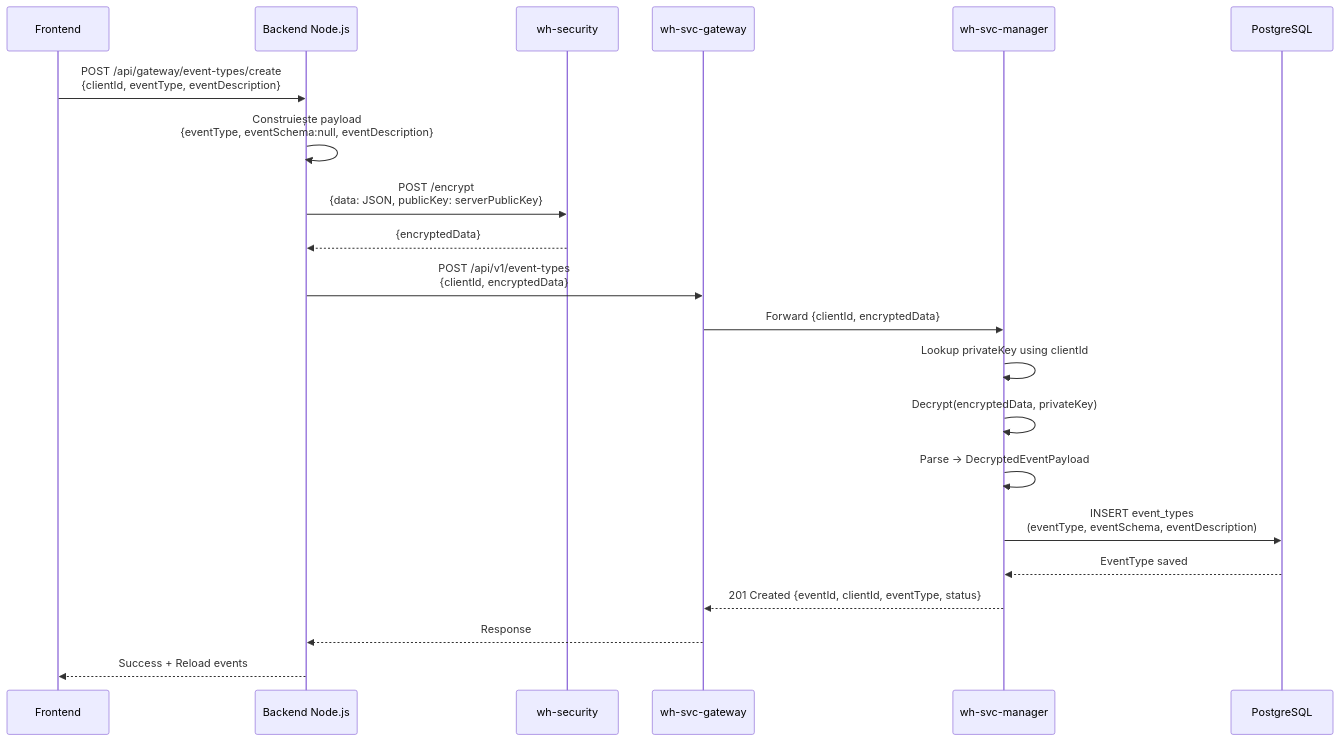
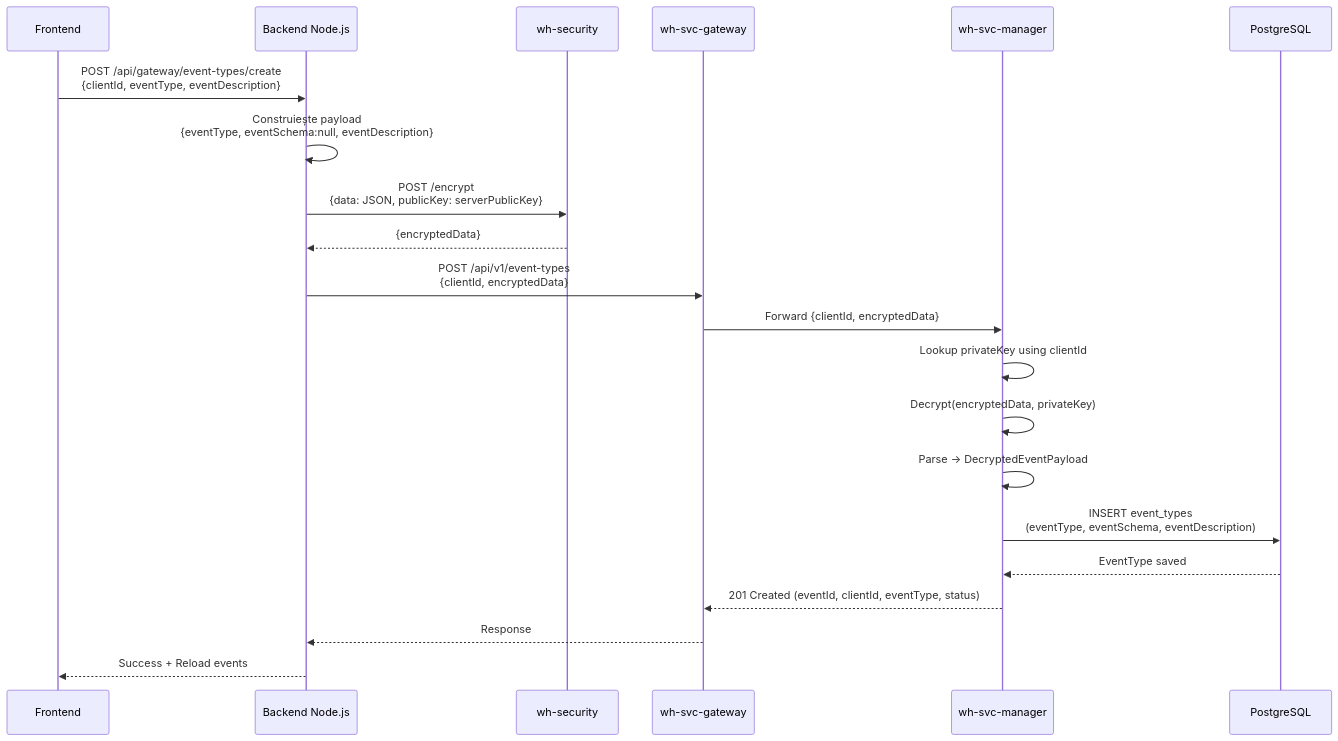
Before and after one commit to paul-sas-gh/wh-svc-docs: the diagram in docs/DocumentatieTehnica/Componente sistem/Client-Application/Backend/Creare-Evenimente-SUMMARY.md, drawn with Mermaid. The commit also changed other lines of this file and 20 other files, not shown here.

````diff
--- a/docs/DocumentatieTehnica/Componente sistem/Client-Application/Backend/Creare-Evenimente-SUMMARY.md
+++ b/docs/DocumentatieTehnica/Componente sistem/Client-Application/Backend/Creare-Evenimente-SUMMARY.md
@@ -125,31 +125,31 @@
 ```mermaid
 sequenceDiagram
     participant FE as Frontend
     participant BE as Backend Node.js
     participant SEC as wh-security
     participant GW as wh-svc-gateway
     participant MGR as wh-svc-manager
     participant DB as PostgreSQL
 
     FE->>BE: POST /api/gateway/event-types/create<br/>{clientId, eventType, eventDescription}
     
     BE->>BE: Construiește payload<br/>{eventType, eventSchema:null, eventDescription}
     
     BE->>SEC: POST /encrypt<br/>{data: JSON, publicKey: serverPublicKey}
     SEC-->>BE: {encryptedData}
     
     BE->>GW: POST /api/v1/event-types<br/>{clientId, encryptedData}
     
     GW->>MGR: Forward {clientId, encryptedData}
     
     MGR->>MGR: Lookup privateKey using clientId
     MGR->>MGR: Decrypt(encryptedData, privateKey)
     MGR->>MGR: Parse → DecryptedEventPayload
     
     MGR->>DB: INSERT event_types<br/>(eventType, eventSchema, eventDescription)
     DB-->>MGR: EventType saved
     
-    MGR-->>GW: 201 Created {eventId, clientId, eventType, status}
+    MGR-->>GW: 201 Created (eventId, clientId, eventType, status)
     GW-->>BE: Response
     BE-->>FE: Success + Reload events
 ```
````
